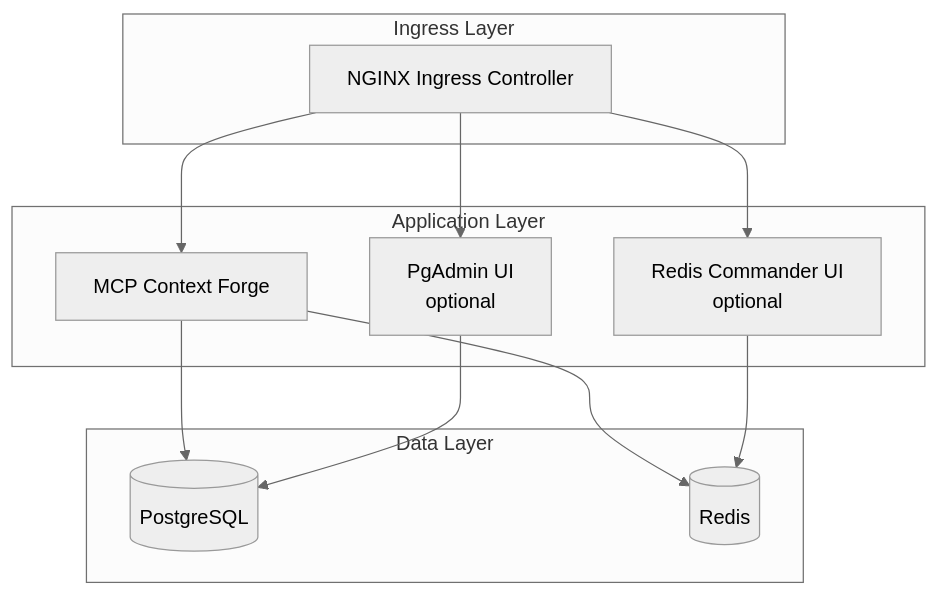
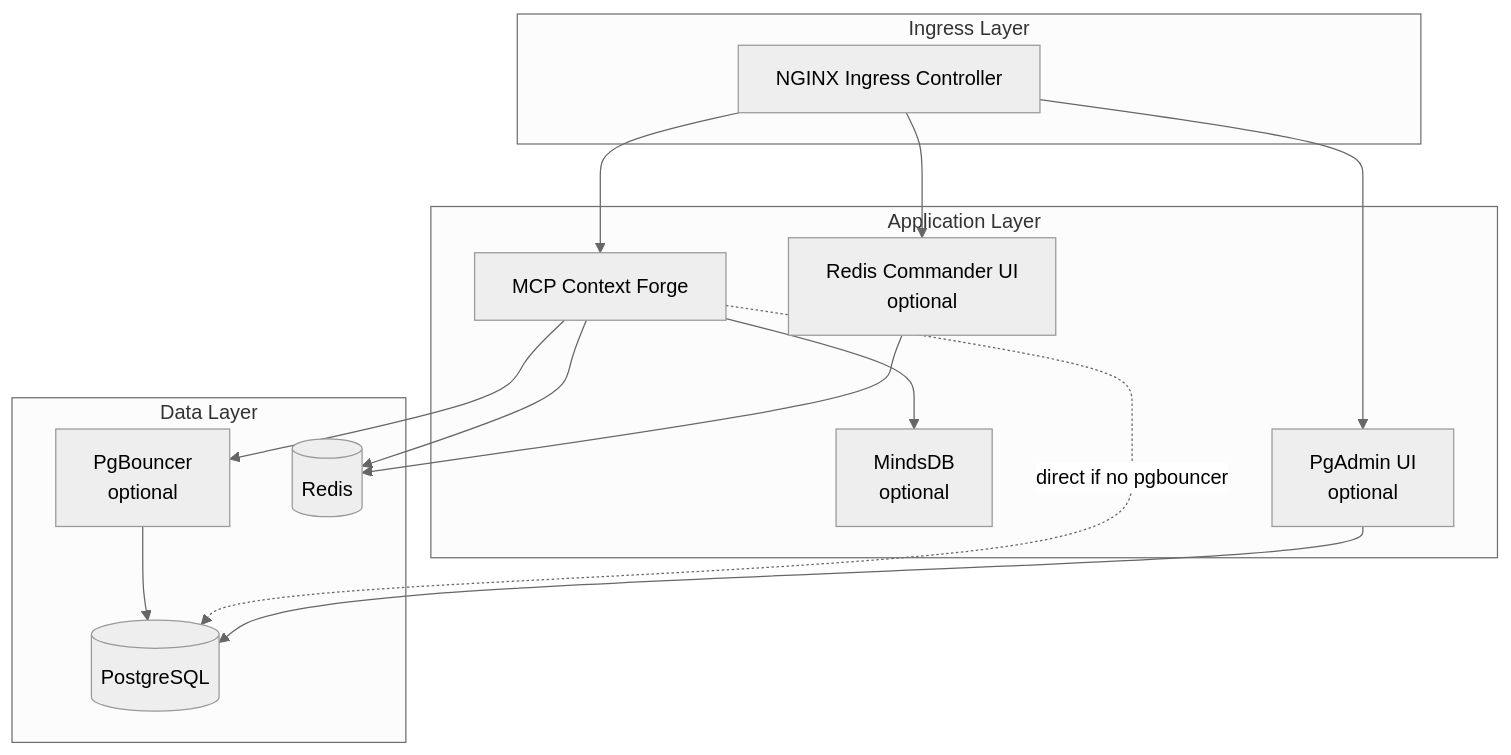
Before and after one commit to jrmatherly/mcp-context-forge: the diagram in docs/docs/deployment/helm.md, drawn with Mermaid (neutral theme). The commit also changed other lines of this file and 1 other file, not shown here.

````diff
--- a/docs/docs/deployment/helm.md
+++ b/docs/docs/deployment/helm.md
@@ -20,27 +21,32 @@
 ```mermaid
 flowchart TD
     subgraph Ingress Layer
         ingress[NGINX Ingress Controller]
     end
 
     subgraph Application Layer
         mcp[MCP Context Forge]
+        mindsdb[MindsDB<br/>optional]
         pgadmin[PgAdmin UI<br/>optional]
         rediscommander[Redis Commander UI<br/>optional]
     end
 
     subgraph Data Layer
+        pgbouncer[PgBouncer<br/>optional]
         postgres[(PostgreSQL)]
         redis[(Redis)]
     end
 
     ingress --> mcp
     ingress --> pgadmin
     ingress --> rediscommander
 
-    mcp --> postgres
+    mcp --> pgbouncer
     mcp --> redis
+    mcp --> mindsdb
+    pgbouncer --> postgres
+    mcp -.->|direct if no pgbouncer| postgres
 
     pgadmin --> postgres
     rediscommander --> redis
 ```
````
